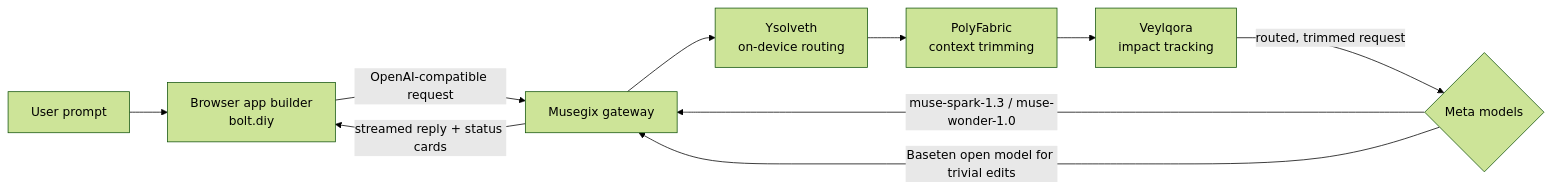
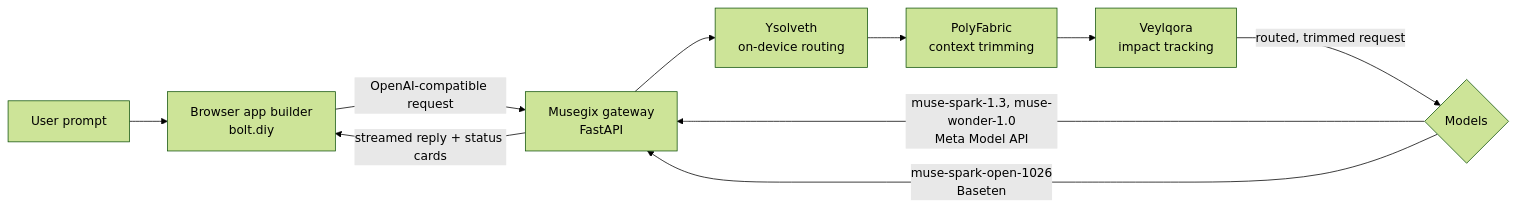
Before and after one commit to vishalvermauts/Musegix: the diagram in README.md, drawn with Mermaid (forest theme). The commit also changed other lines of this file, not shown here.

Commit message:
docs: detailed README covering the engines, models, resource use, results, limits and install

````diff
--- a/README.md
+++ b/README.md
@@ -27,12 +52,12 @@
 ```mermaid
 flowchart LR
     U[User prompt] --> B[Browser app builder<br/>bolt.diy]
-    B -->|OpenAI-compatible request| G[Musegix gateway]
+    B -->|OpenAI-compatible request| G[Musegix gateway<br/>FastAPI]
     G --> Y[Ysolveth<br/>on-device routing]
     Y --> P[PolyFabric<br/>context trimming]
     P --> V[Veylqora<br/>impact tracking]
-    V -->|routed, trimmed request| M{Meta models}
-    M -->|muse-spark-1.3 / muse-wonder-1.0| G
-    M -->|Baseten open model for trivial edits| G
+    V -->|routed, trimmed request| M{Models}
+    M -->|muse-spark-1.3, muse-wonder-1.0<br/>Meta Model API| G
+    M -->|muse-spark-open-1026<br/>Baseten| G
     G -->|streamed reply + status cards| B
 ```
````
